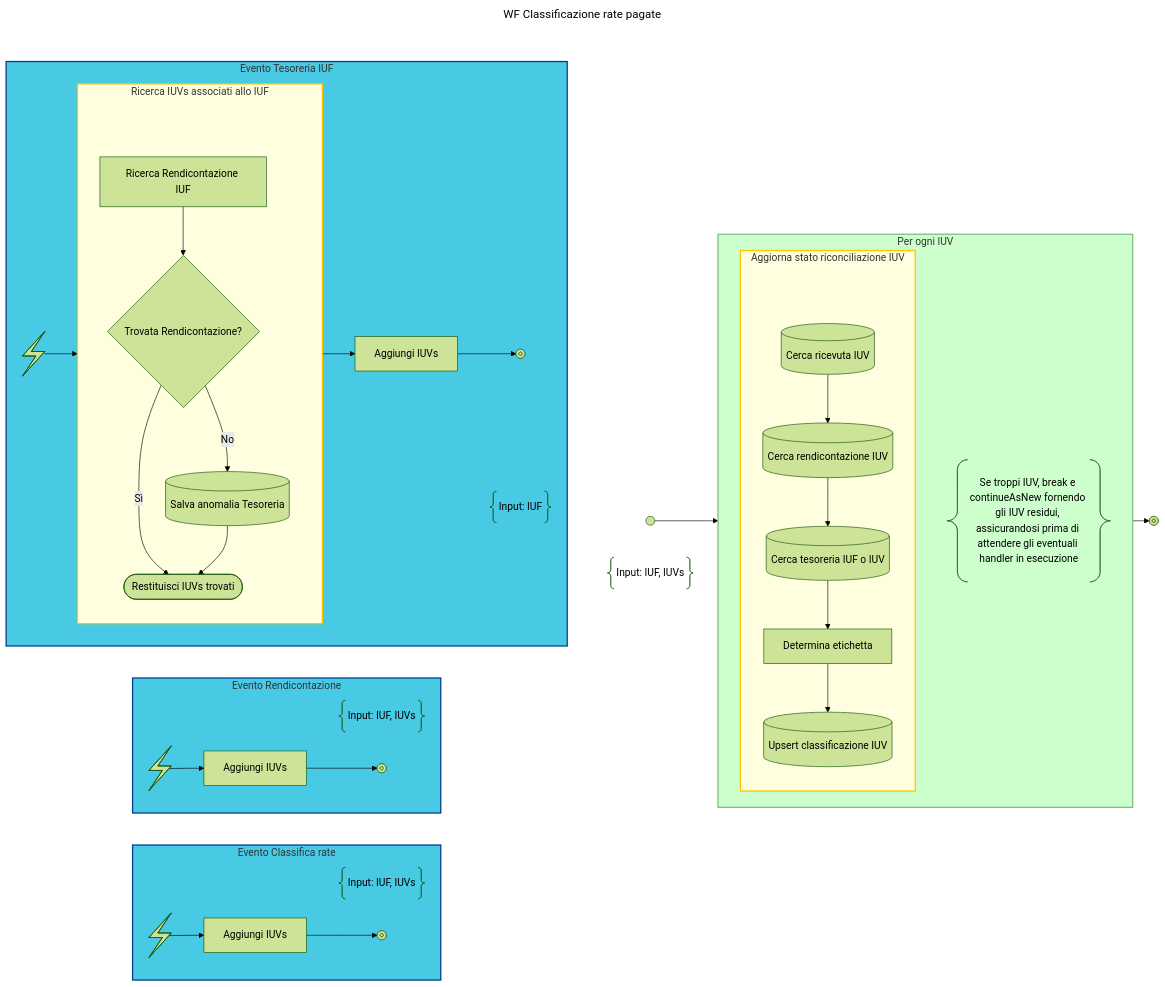
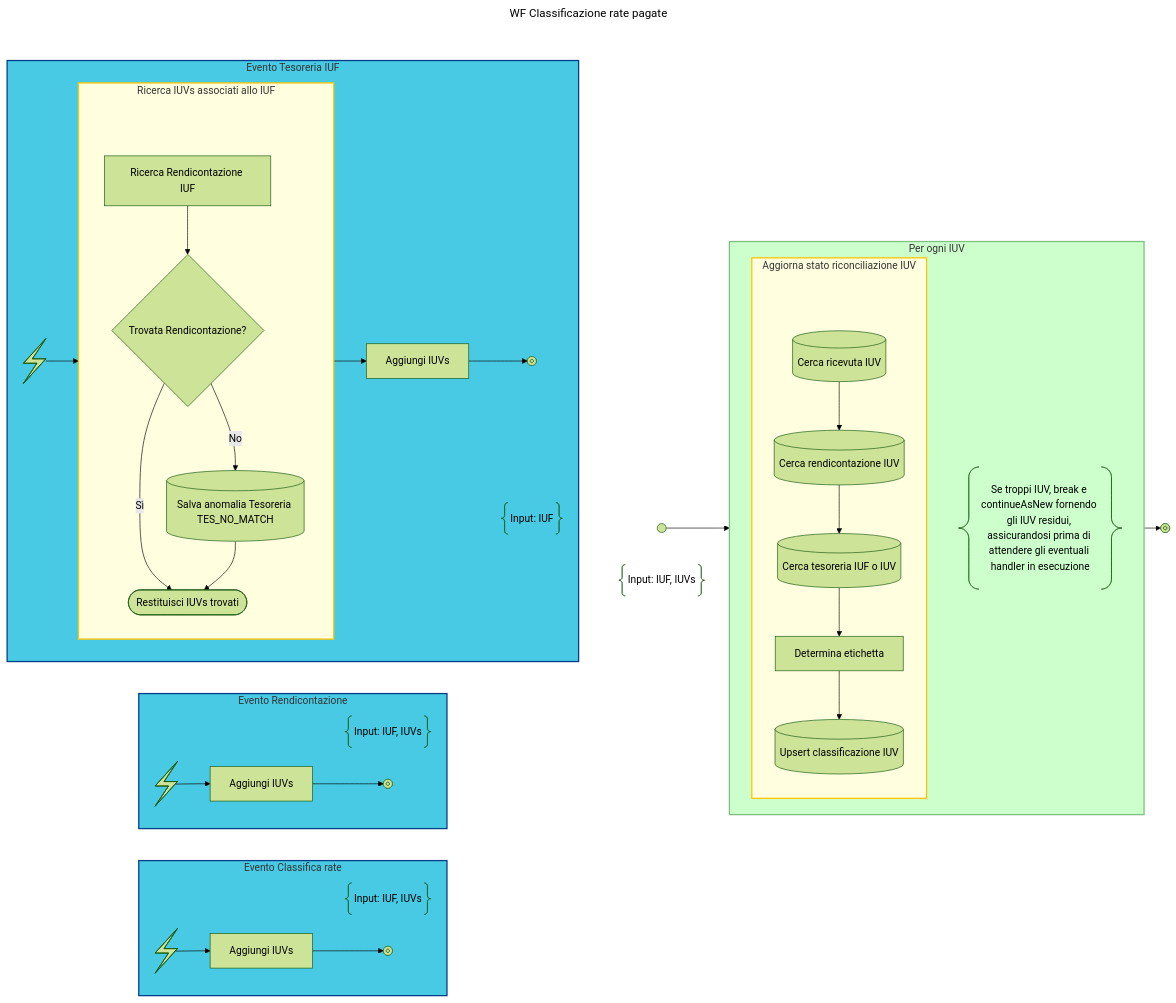
One commit to pagopa/p4pa-doc changed the diagram in design/workflow/classificazioneRatePagate/classificazione.mmd. Above: the diagram before and after it, drawn with Mermaid (forest theme). The commit also changed 1 other file, not shown here.

```diff
--- a/design/workflow/classificazioneRatePagate/classificazione.mmd
+++ b/design/workflow/classificazioneRatePagate/classificazione.mmd
@@ -1,95 +1,95 @@
 ---
 title: WF Classificazione rate pagate
 config:
     flowchart:
         rankSpacing: 1
 ---
 flowchart TD
     subgraph WF_BLOCK
         subgraph NOTE_START_BLOCK
             DESCRIPTION@{ shape: braces, label: "Input: IUF, IUVs" }
             START@{shape: start}
         end
         class NOTE_START_BLOCK hidden
 
         START --> LOOP_IUVs
 
         subgraph LOOP_IUVs["Per ogni IUV"]
         direction TB
 
             subgraph CLASSIFY_IUV["Aggiorna stato riconciliazione IUV"]
             direction TB
                 DUMMY:::hidden --> FIND_RT
                 linkStyle 1 display:none
 
                 FIND_RT@{shape: database, label: "Cerca ricevuta IUV"} -->
                 FIND_REND@{shape: database, label: "Cerca rendicontazione IUV"} -->
                 FIND_TES@{shape: database, label: "Cerca tesoreria IUF o IUV"} -->
                 CLASSIFY["Determina etichetta"] -->
                 UPSERT_CLASSIFY@{shape: database, label: "Upsert classificazione IUV"}
 
             end
 
             LOOP_NOTE@{shape: braces, label: "Se troppi IUV, break e continueAsNew fornendo gli IUV residui, assicurandosi prima di attendere gli eventuali handler in esecuzione"}
             class CLASSIFY_IUV activity
         end
 
         LOOP_IUVs --> END@{shape: stop}
         class LOOP_IUVs loop
     end
     class WF_BLOCK hidden
 
     subgraph SIGNALS_BLOCK
     direction LR
 
         subgraph SIGNAL_RATE_BLOCK["Evento Classifica rate"]
         direction LR
             DESCRIPTION_SIGNAL_RATE@{ shape: braces, label: "Input: IUF, IUVs" }
             SIGNAL_RATE@{ shape: bolt } -->
             ADD_RATE_IUVs["Aggiungi IUVs "] -->
             SIGNAL_RICEVUTA_END@{ shape: "stop" }
         end
         class SIGNAL_RATE_BLOCK signal_block
 
         subgraph SIGNAL_RENDICONTAZIONE_BLOCK["Evento Rendicontazione"]
         direction LR
             DESCRIPTION_SIGNAL_RENDICONTAZIONE@{ shape: braces, label: "Input: IUF, IUVs" }
             SIGNAL_RENDICONTAZIONE@{ shape: bolt } -->
             ADD_RENDICONTAZIONE_IUVS["Aggiungi IUVs "] -->
             SIGNAL_RENDICONTAZIONE_END@{ shape: "stop" }
         end
         class SIGNAL_RENDICONTAZIONE_BLOCK signal_block
 
         subgraph SIGNAL_TESORERIA_BLOCK["Evento Tesoreria IUF"]
         direction LR
             DESCRIPTION_SIGNAL_TESORERIA@{ shape: braces, label: "Input: IUF" }
             SIGNAL_TESORERIA@{ shape: bolt } --> FIND_TESORERIA_IUVS_ACTIVITY
 
             subgraph FIND_TESORERIA_IUVS_ACTIVITY["Ricerca IUVs associati allo IUF"]
                 DUMMY2:::hidden --> FIND_TESORERIA_IUVS
                 linkStyle 12 display:none
 
                 FIND_TESORERIA_IUVS["Ricerca Rendicontazione IUF"] -->
                 EXISTS_RENDICONTAZIONE_TES{"Trovata Rendicontazione?"}
 
                 EXISTS_RENDICONTAZIONE_TES -->|Sì|RETURN_TESORERIA_IUVS@{shape: terminal, label: "Restituisci IUVs trovati"}
 
                 EXISTS_RENDICONTAZIONE_TES -->
-                |No|SAVE_TES_ANOMALY@{shape: database, label: "Salva anomalia Tesoreria"} -->
+                |No|SAVE_TES_ANOMALY@{shape: database, label: "Salva anomalia Tesoreria TES_NO_MATCH"} -->
                 RETURN_TESORERIA_IUVS
             end
             class FIND_TESORERIA_IUVS_ACTIVITY activity
 
             FIND_TESORERIA_IUVS_ACTIVITY -->
             ADD_TESORERIA_IUVS["Aggiungi IUVs "] -->
             SIGNAL_TESORERIA_END@{ shape: "stop" }
         end
         class SIGNAL_TESORERIA_BLOCK signal_block
     end
     class SIGNALS_BLOCK hidden
 
     classDef note_block display:none;
     classDef hidden display:none;
     classDef activity fill:#FFFFE0, stroke:#ffc300, stroke-width:2px;
     classDef loop fill:#CCFFCC, stroke:#7FBF7F, stroke-width:2px, padding-bottom: 5px;
     classDef signal_block fill:#48cae4, stroke:#023e8a, stroke-width:2px
```
